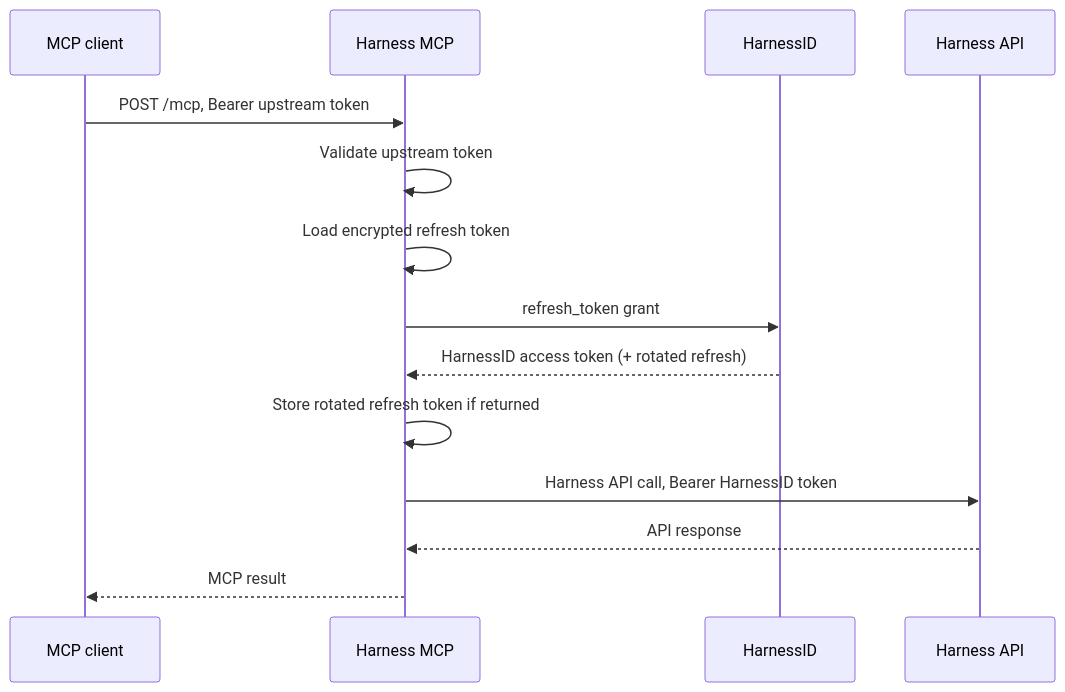
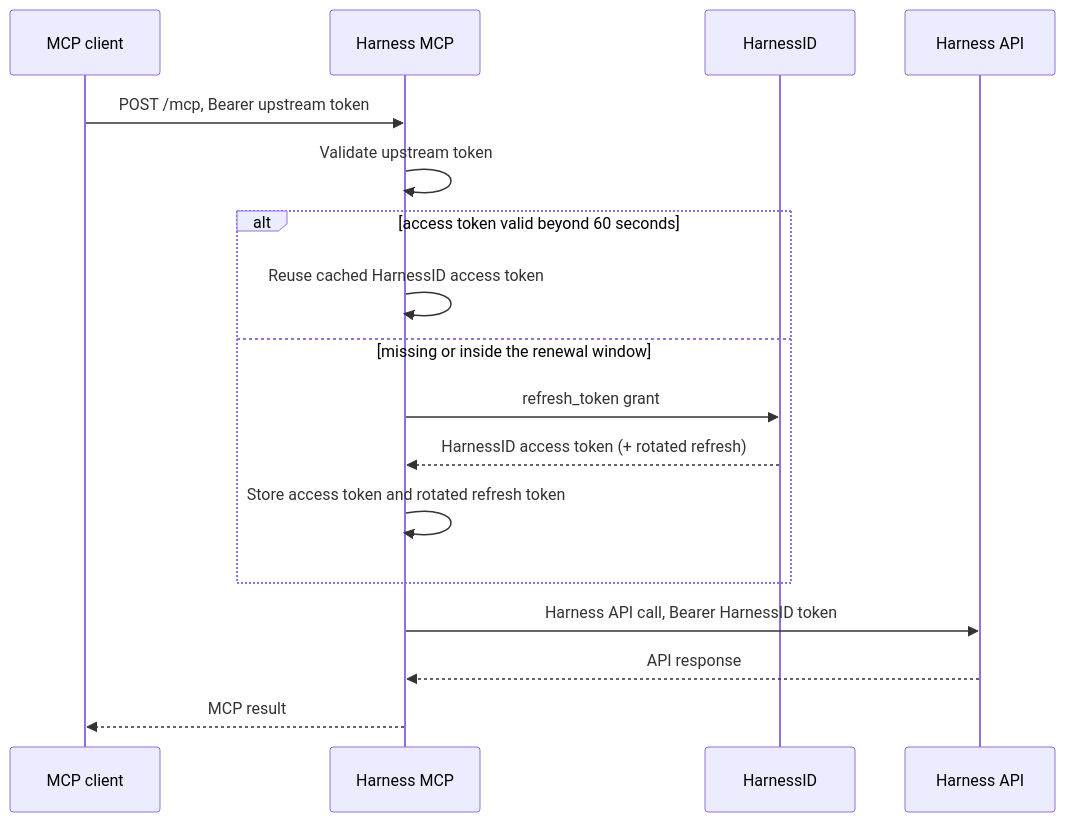
One commit to harness/mcp-server changed the second of 3 diagrams in docs/oauth-proxy.md. Above: the diagram before and after it, drawn with Mermaid. The commit also changed other lines of this file and 9 other files, not shown here.

First line of the commit message:
feat(oauth-proxy): cache HarnessID access tokens

````diff
--- a/docs/oauth-proxy.md
+++ b/docs/oauth-proxy.md
@@ -93,17 +100,20 @@
 ```mermaid
 sequenceDiagram
     participant C as MCP client
     participant M as Harness MCP
     participant K as HarnessID
     participant H as Harness API
 
     C->>M: POST /mcp, Bearer upstream token
     M->>M: Validate upstream token
-    M->>M: Load encrypted refresh token
-    M->>K: refresh_token grant
-    K-->>M: HarnessID access token (+ rotated refresh)
-    M->>M: Store rotated refresh token if returned
+    alt access token valid beyond 60 seconds
+        M->>M: Reuse cached HarnessID access token
+    else missing or inside the renewal window
+        M->>K: refresh_token grant
+        K-->>M: HarnessID access token (+ rotated refresh)
+        M->>M: Store access token and rotated refresh token
+    end
     M->>H: Harness API call, Bearer HarnessID token
     H-->>M: API response
     M-->>C: MCP result
 ```
````
